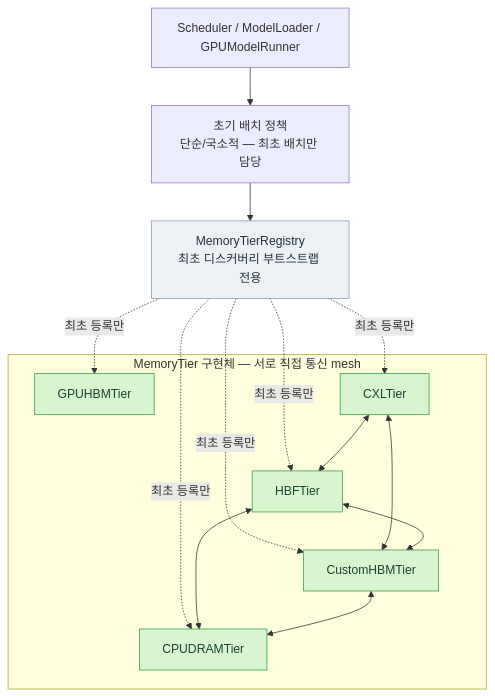
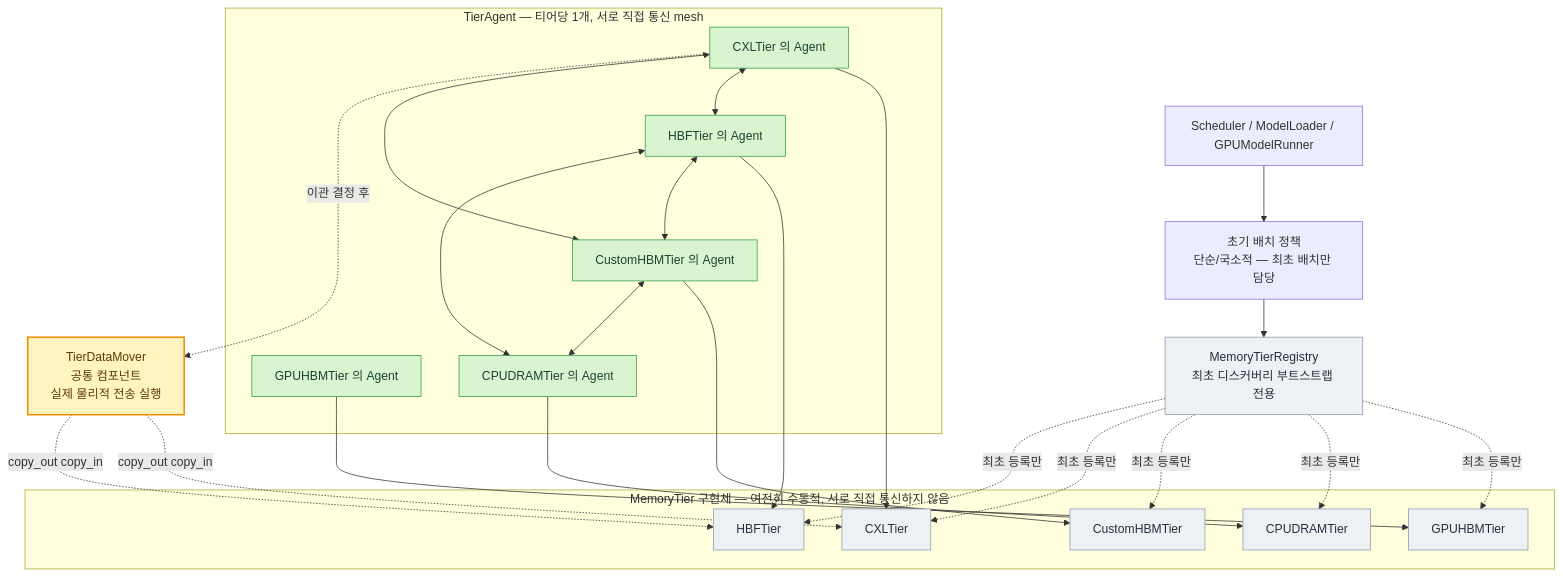
Before and after one commit to mkim0628/vllm: the third of 4 diagrams in doc-mk/vllm-memory-coordination-locus-candidates.md, drawn with Mermaid. The commit also changed other lines of this file and 2 other files, not shown here.

````diff
--- a/doc-mk/vllm-memory-coordination-locus-candidates.md
+++ b/doc-mk/vllm-memory-coordination-locus-candidates.md
@@ -149,32 +182,55 @@
 ```mermaid
 graph TD
     SCHED["Scheduler / ModelLoader / GPUModelRunner"]
     IPOLICY["초기 배치 정책<br/>단순/국소적 — 최초 배치만 담당"]
     REG["MemoryTierRegistry<br/>최초 디스커버리 부트스트랩 전용"]
+    MOVER["TierDataMover<br/>공통 컴포넌트<br/>실제 물리적 전송 실행"]
 
-    subgraph TIERS["MemoryTier 구현체 — 서로 직접 통신 mesh"]
+    subgraph AGENTS["TierAgent — 티어당 1개, 서로 직접 통신 mesh"]
+        GPUHBMA["GPUHBMTier 의 Agent"]
+        DRAMA["CPUDRAMTier 의 Agent"]
+        CUSTOMA["CustomHBMTier 의 Agent"]
+        CXLA["CXLTier 의 Agent"]
+        HBFA["HBFTier 의 Agent"]
+    end
+
+    subgraph TIERS["MemoryTier 구현체 — 여전히 수동적, 서로 직접 통신하지 않음"]
         GPUHBM["GPUHBMTier"]
         DRAMT["CPUDRAMTier"]
         CUSTOMT["CustomHBMTier"]
         CXLT["CXLTier"]
         HBFT["HBFTier"]
     end
 
     SCHED --> IPOLICY --> REG
     REG -. "최초 등록만" .-> GPUHBM
     REG -. "최초 등록만" .-> DRAMT
     REG -. "최초 등록만" .-> CUSTOMT
     REG -. "최초 등록만" .-> CXLT
     REG -. "최초 등록만" .-> HBFT
 
-    CXLT <--> HBFT
-    CXLT <--> CUSTOMT
-    HBFT <--> CUSTOMT
-    HBFT <--> DRAMT
-    CUSTOMT <--> DRAMT
+    GPUHBMA --> GPUHBM
+    DRAMA --> DRAMT
+    CUSTOMA --> CUSTOMT
+    CXLA --> CXLT
+    HBFA --> HBFT
 
-    classDef tierBox fill:#d8f5d0,stroke:#2f9e44,color:#1b4332,stroke-width:1px;
+    CXLA <--> HBFA
+    CXLA <--> CUSTOMA
+    HBFA <--> CUSTOMA
+    HBFA <--> DRAMA
+    CUSTOMA <--> DRAMA
+
+    CXLA -. "이관 결정 후" .-> MOVER
+    MOVER -. "copy_out copy_in" .-> CXLT
+    MOVER -. "copy_out copy_in" .-> HBFT
+
+    classDef tierBox fill:#eef1f4,stroke:#8d99ae,color:#22303e,stroke-width:1px;
+    classDef agentBox fill:#d8f5d0,stroke:#2f9e44,color:#1b4332,stroke-width:1px;
     classDef regBox fill:#eef1f4,stroke:#8d99ae,color:#22303e,stroke-width:1px;
+    classDef moverBox fill:#fff3bf,stroke:#f08c00,color:#5c3c00,stroke-width:2px;
     class GPUHBM,DRAMT,CUSTOMT,CXLT,HBFT tierBox
+    class GPUHBMA,DRAMA,CUSTOMA,CXLA,HBFA agentBox
     class REG regBox
+    class MOVER moverBox
 ```
````
